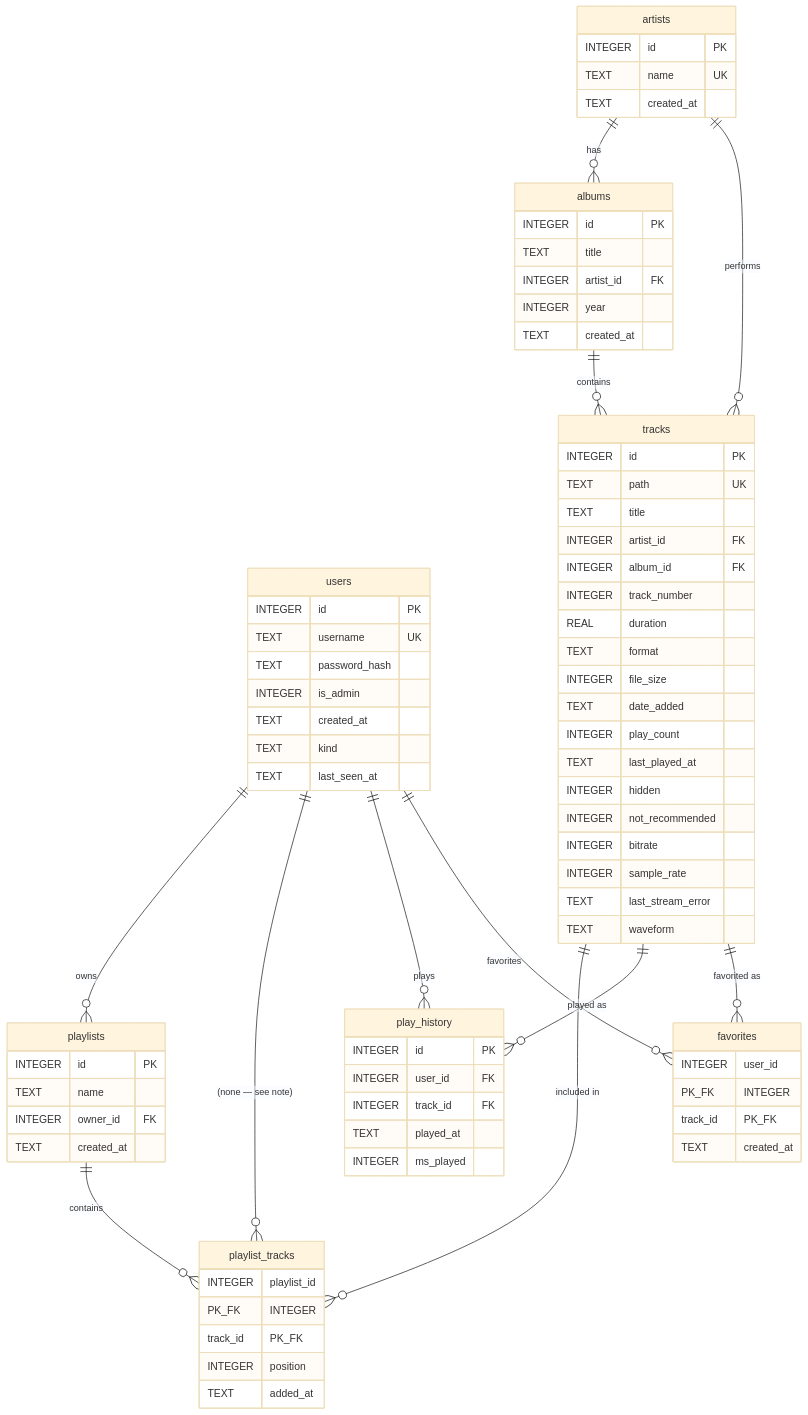
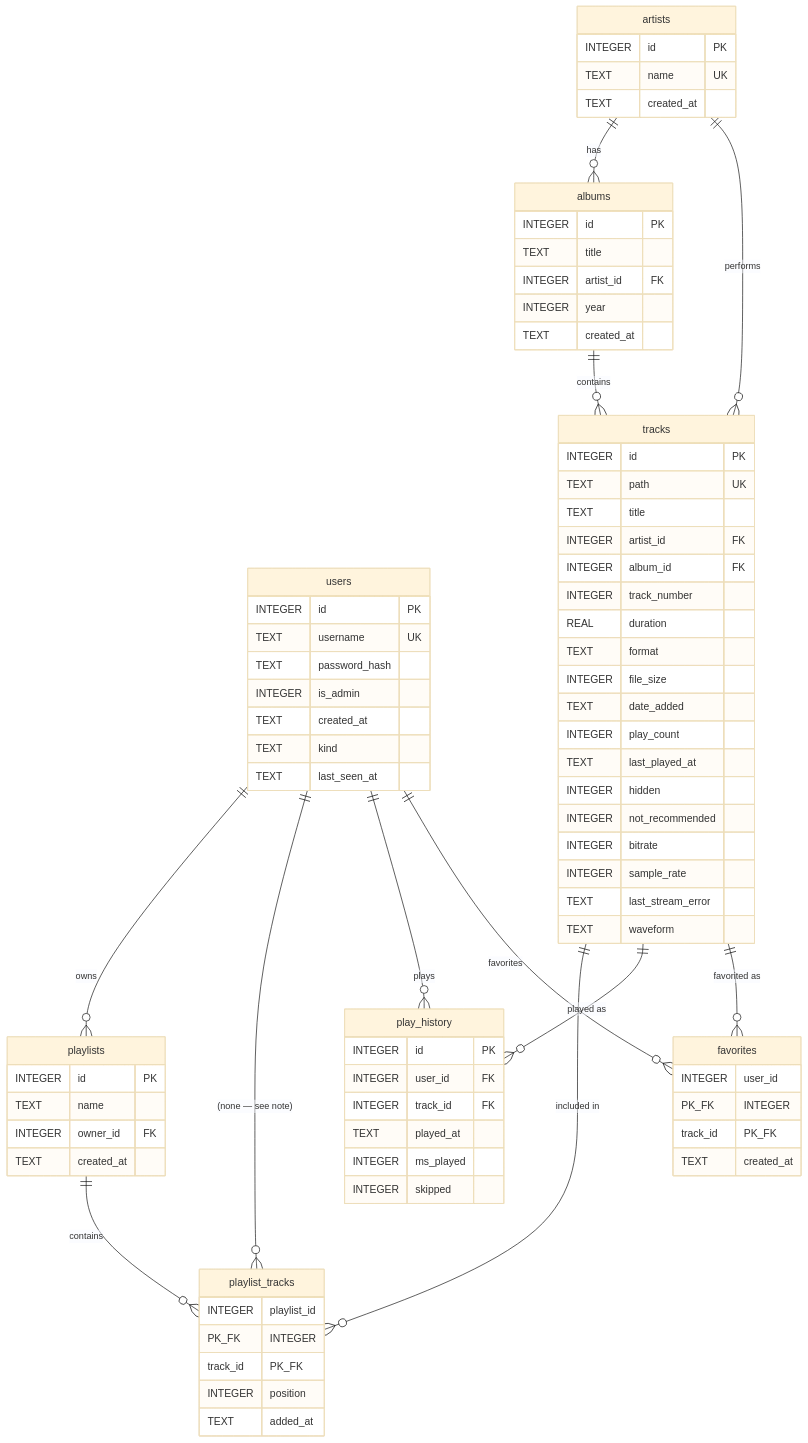
The diagram in .docs/reference/database-schema.md (meranisu/brainlessmusic), drawn with Mermaid (base theme) before and after one commit. The commit also changed other lines of this file and 20 other files, not shown here.

````diff
--- a/.docs/reference/database-schema.md
+++ b/.docs/reference/database-schema.md
@@ -21,80 +21,81 @@
 ```mermaid
 erDiagram
     users ||--o{ playlists : owns
     users ||--o{ playlist_tracks : "(none — see note)"
     users ||--o{ play_history : plays
     users ||--o{ favorites : favorites
     artists ||--o{ albums : has
     artists ||--o{ tracks : performs
     albums ||--o{ tracks : contains
     tracks ||--o{ playlist_tracks : "included in"
     tracks ||--o{ play_history : "played as"
     tracks ||--o{ favorites : "favorited as"
     playlists ||--o{ playlist_tracks : contains
 
     users {
         INTEGER id PK
         TEXT username UK
         TEXT password_hash
         INTEGER is_admin
         TEXT created_at
         TEXT kind
         TEXT last_seen_at
     }
     artists {
         INTEGER id PK
         TEXT name UK
         TEXT created_at
     }
     albums {
         INTEGER id PK
         TEXT title
         INTEGER artist_id FK
         INTEGER year
         TEXT created_at
     }
     tracks {
         INTEGER id PK
         TEXT path UK
         TEXT title
         INTEGER artist_id FK
         INTEGER album_id FK
         INTEGER track_number
         REAL duration
         TEXT format
         INTEGER file_size
         TEXT date_added
         INTEGER play_count
         TEXT last_played_at
         INTEGER hidden
         INTEGER not_recommended
         INTEGER bitrate
         INTEGER sample_rate
         TEXT last_stream_error
         TEXT waveform
     }
     playlists {
         INTEGER id PK
         TEXT name
         INTEGER owner_id FK
         TEXT created_at
     }
     playlist_tracks {
         INTEGER playlist_id PK_FK
         INTEGER track_id PK_FK
         INTEGER position
         TEXT added_at
     }
     play_history {
         INTEGER id PK
         INTEGER user_id FK
         INTEGER track_id FK
         TEXT played_at
         INTEGER ms_played
+        INTEGER skipped
     }
     favorites {
         INTEGER user_id PK_FK
         INTEGER track_id PK_FK
         TEXT created_at
     }
 ```
````
